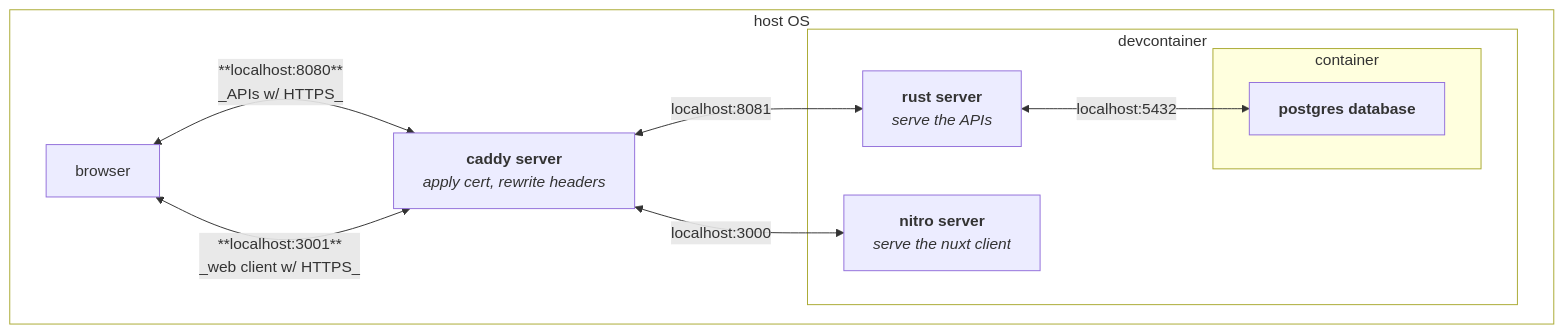
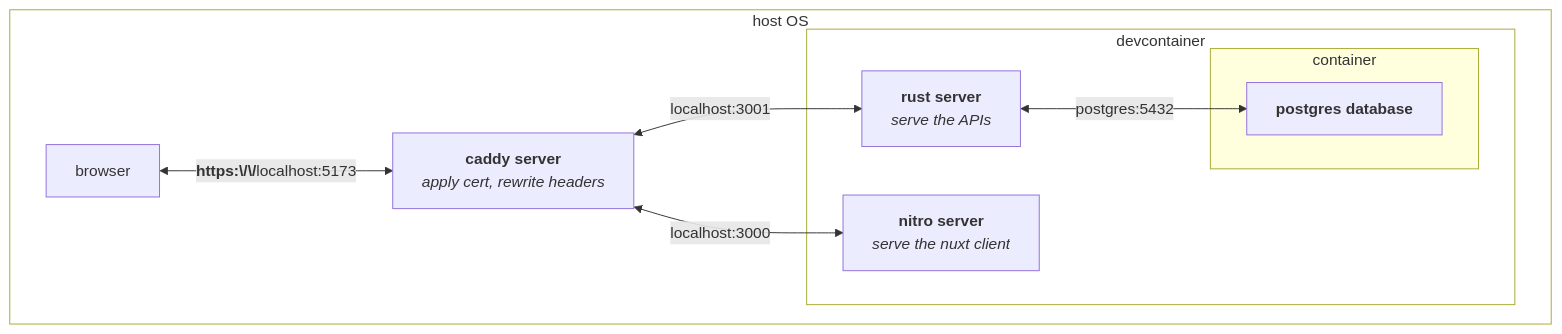
Before and after one commit to Liminova/yomuyume: the first of 3 diagrams in docs/development.md, drawn with Mermaid. The commit also changed other lines of this file, not shown here.

Commit message:
docs(`developement`): dev flowchart; caddy cmd; unnecessary desc

````diff
--- a/docs/development.md
+++ b/docs/development.md
@@ -17,33 +17,32 @@
 ```mermaid
 flowchart TD
   caddy["`**caddy server**<br>_apply cert, rewrite headers_`"]
   server["`**rust server**<br>_serve the APIs_`"]
   client["`**nitro server**<br>_serve the nuxt client_`"]
   db["`**postgres database**`"]
 
-  browser <-- **localhost:8080** <br> _APIs w/ HTTPS_ --> caddy
-  browser <-- **localhost:3001** <br> _web client w/ HTTPS_ --> caddy
+  browser <-- <b>https:\/\/</b>localhost:5173 --> caddy
 
-  caddy <-- localhost:8081 --> server
+  caddy <-- localhost:3001 --> server
   caddy <-- localhost:3000 --> client
-  server <-- localhost:5432 --> db
+  server <-- postgres:5432 --> db
 
   subgraph db_container["container"]
     db
   end
 
   subgraph devcontainer
     server
     client
     db_container
   end
 
   subgraph host_subgraph["host OS"]
     browser
     caddy
     devcontainer
   end
 
   style host_subgraph fill:transparent
   style devcontainer fill:transparent
 ```
````
